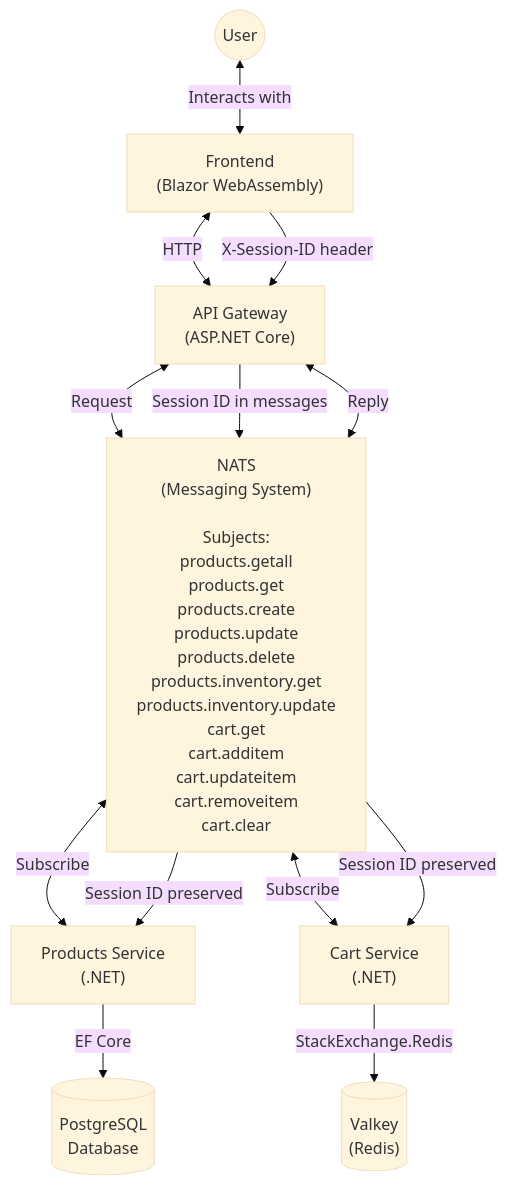
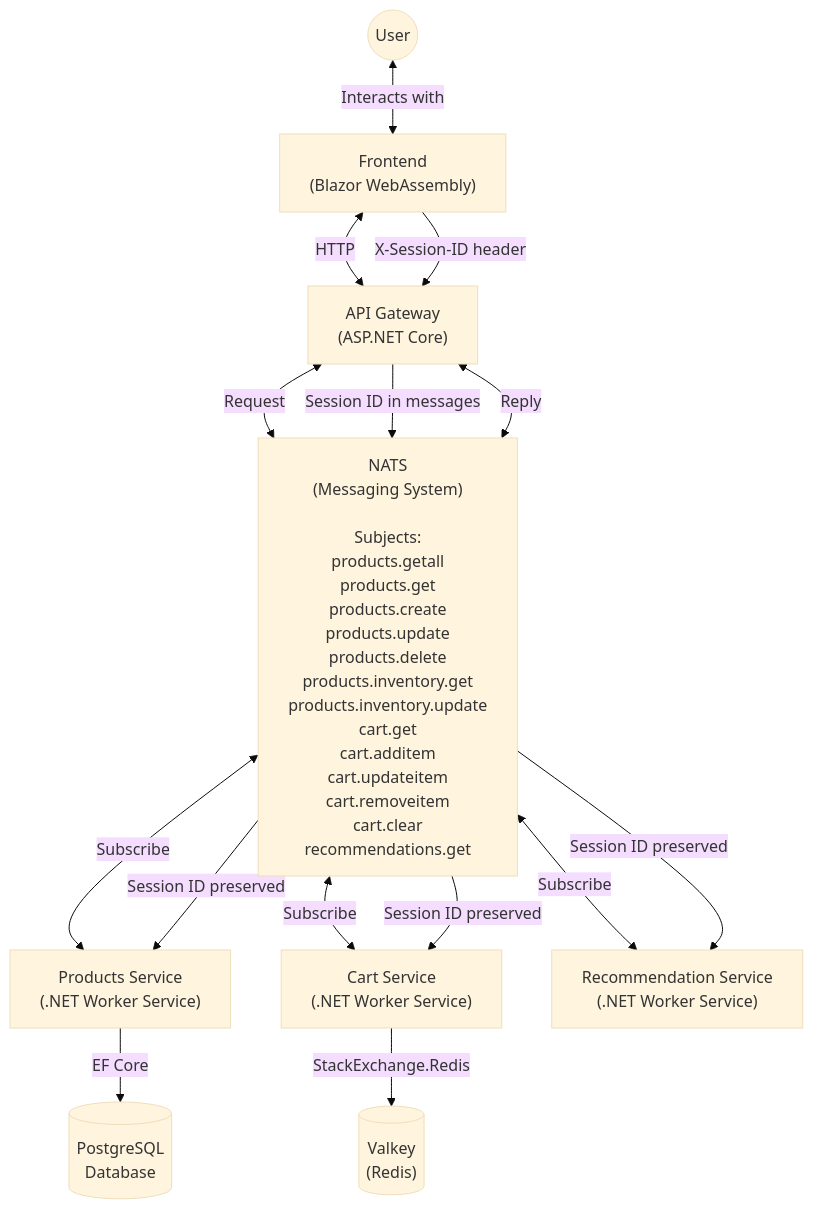
Before and after one commit to ch0ppy35/shop: the diagram in README.md, drawn with Mermaid (base theme). The commit also changed other lines of this file and 86 other files, not shown here.

````diff
--- a/README.md
+++ b/README.md
@@ -7,28 +7,30 @@
 ```mermaid
 graph TD
     %% Main components
     Frontend["Frontend<br/>(Blazor WebAssembly)"] <--HTTP--> Gateway["API Gateway<br/>(ASP.NET Core)"];
-    NATS["NATS<br/>(Messaging System)<br/><br/>Subjects:<br/>products.getall<br/>products.get<br/>products.create<br/>products.update<br/>products.delete<br/>products.inventory.get<br/>products.inventory.update<br/>cart.get<br/>cart.additem<br/>cart.updateitem<br/>cart.removeitem<br/>cart.clear"]
-    Products["Products Service<br/>(.NET)"];
-    Cart["Cart Service<br/>(.NET)"];
+    NATS["NATS<br/>(Messaging System)<br/><br/>Subjects:<br/>products.getall<br/>products.get<br/>products.create<br/>products.update<br/>products.delete<br/>products.inventory.get<br/>products.inventory.update<br/>cart.get<br/>cart.additem<br/>cart.updateitem<br/>cart.removeitem<br/>cart.clear<br/>recommendations.get"]
+    Products["Products Service<br/>(.NET Worker Service)<br/>"];
+    Cart["Cart Service<br/>(.NET Worker Service)<br/>"];
+    Recommendation["Recommendation Service<br/>(.NET Worker Service)<br/>"];
 
     %% Databases
     Products --EF Core--> PostgreSQL[("PostgreSQL<br/>Database")];
     Cart --StackExchange.Redis--> Valkey[("Valkey<br/>(Redis)")];
 
     %% NATS connections
     Gateway <--Request--> NATS;
     NATS <--Reply--> Gateway;
     NATS <--Subscribe--> Products;
     NATS <--Subscribe--> Cart;
+    NATS <--Subscribe--> Recommendation;
 
     %% Session ID flow
     Frontend --"X-Session-ID header"--> Gateway;
     Gateway --"Session ID in messages"--> NATS;
     NATS --"Session ID preserved"--> Products;
     NATS --"Session ID preserved"--> Cart;
+    NATS --"Session ID preserved"--> Recommendation;
 
     %% User flow
     User(("User")) <--Interacts with--> Frontend;
-
 ```
````
